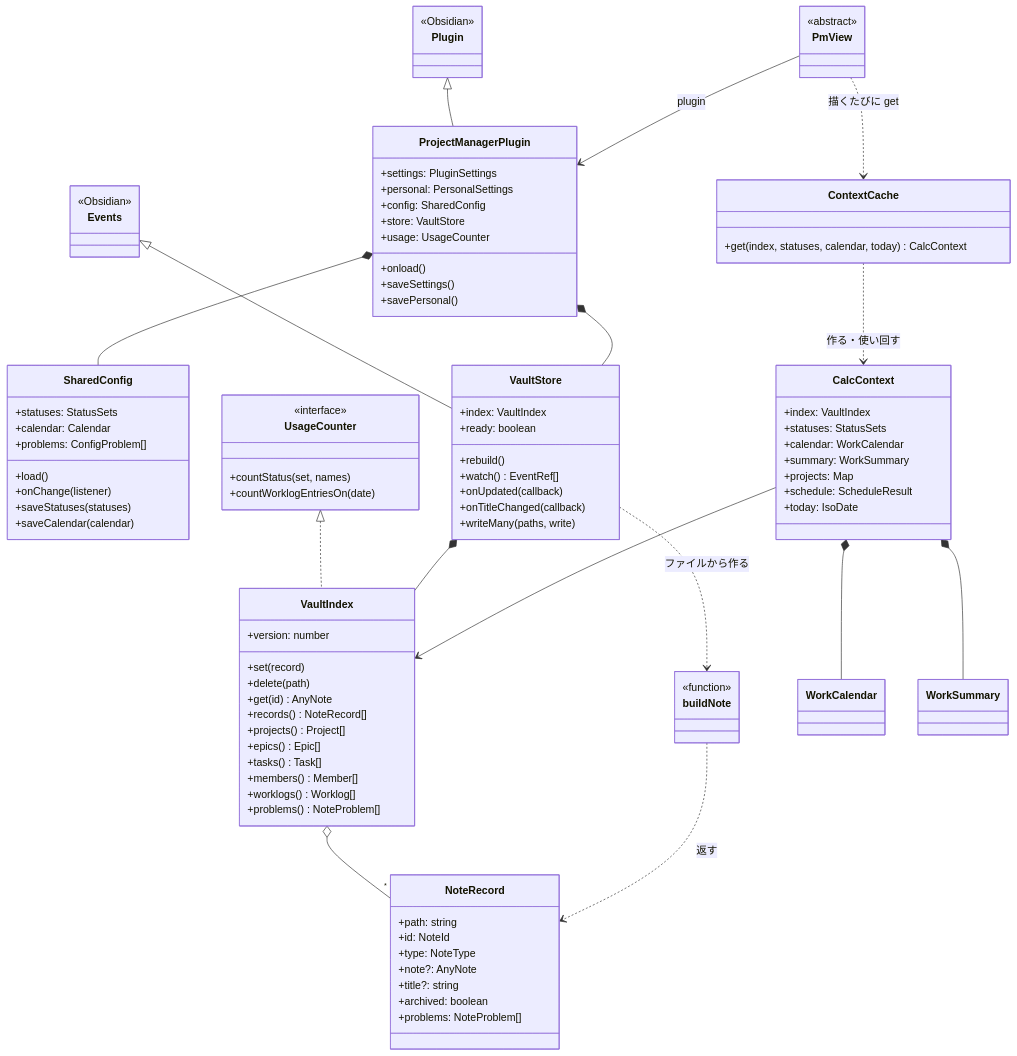
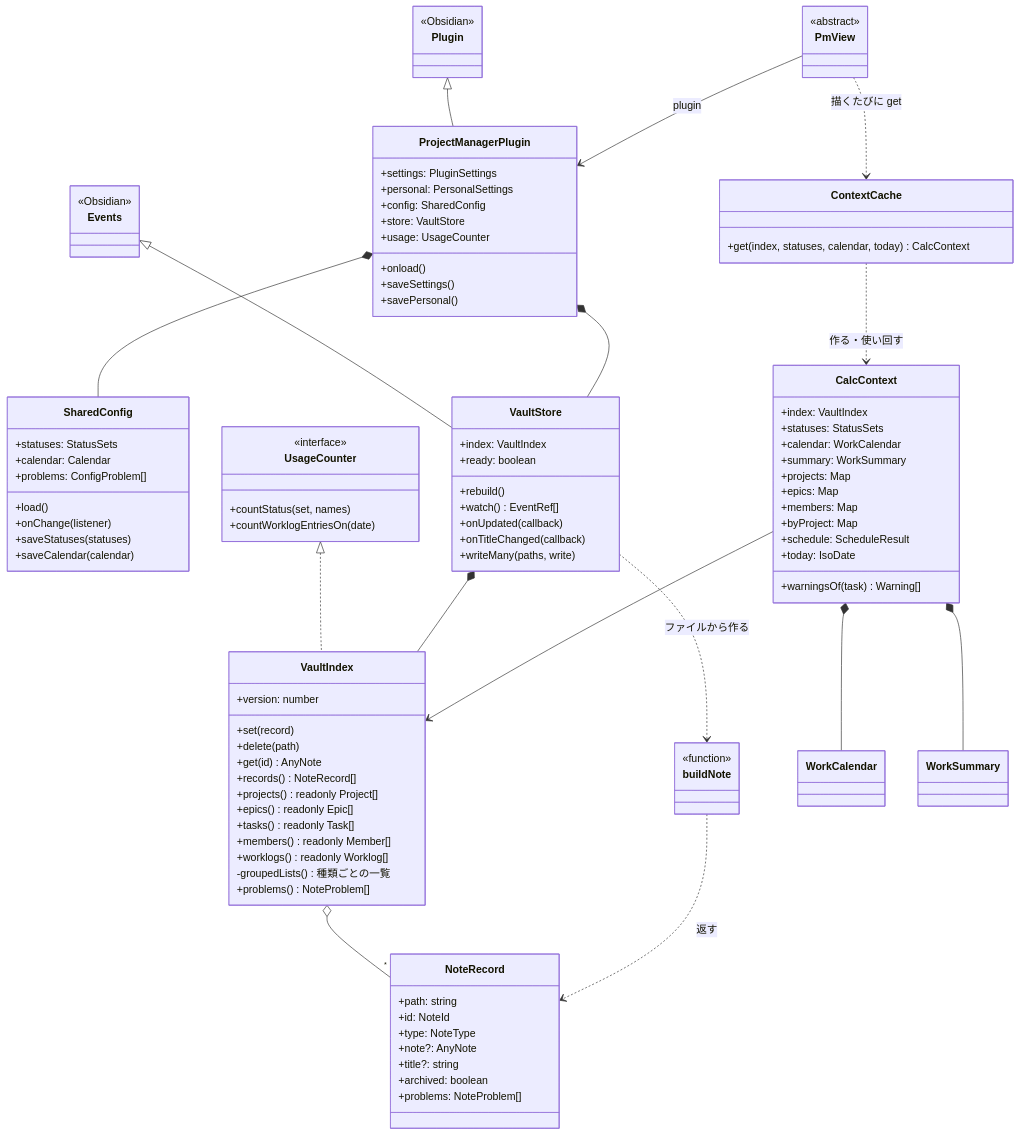
One commit to 2JO-code/2JO-dev-obsidian-pm-plugin changed the first of 7 diagrams in docs/DIAGRAMS.md. Above: the diagram before and after it, drawn with Mermaid. The commit also changed other lines of this file and 142 other files, not shown here.

```diff
--- a/docs/DIAGRAMS.md
+++ b/docs/DIAGRAMS.md
@@ -59,11 +59,12 @@
 		+delete(path)
 		+get(id) AnyNote
 		+records() NoteRecord[]
-		+projects() Project[]
-		+epics() Epic[]
-		+tasks() Task[]
-		+members() Member[]
-		+worklogs() Worklog[]
+		+projects() readonly Project[]
+		+epics() readonly Epic[]
+		+tasks() readonly Task[]
+		+members() readonly Member[]
+		+worklogs() readonly Worklog[]
+		-groupedLists() 種類ごとの一覧
 		+problems() NoteProblem[]
 	}
 	class UsageCounter {
@@ -95,6 +96,10 @@
 		+calendar: WorkCalendar
 		+summary: WorkSummary
 		+projects: Map
+		+epics: Map
+		+members: Map
+		+byProject: Map
+		+warningsOf(task) Warning[]
 		+schedule: ScheduleResult
 		+today: IsoDate
 	}
```
